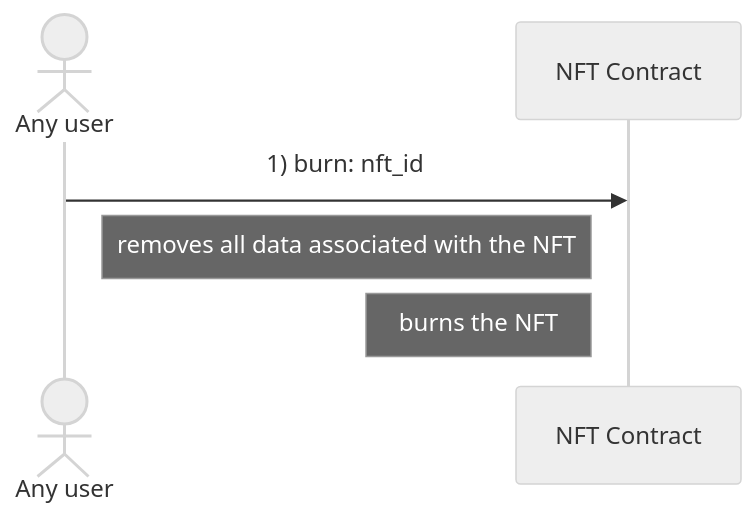
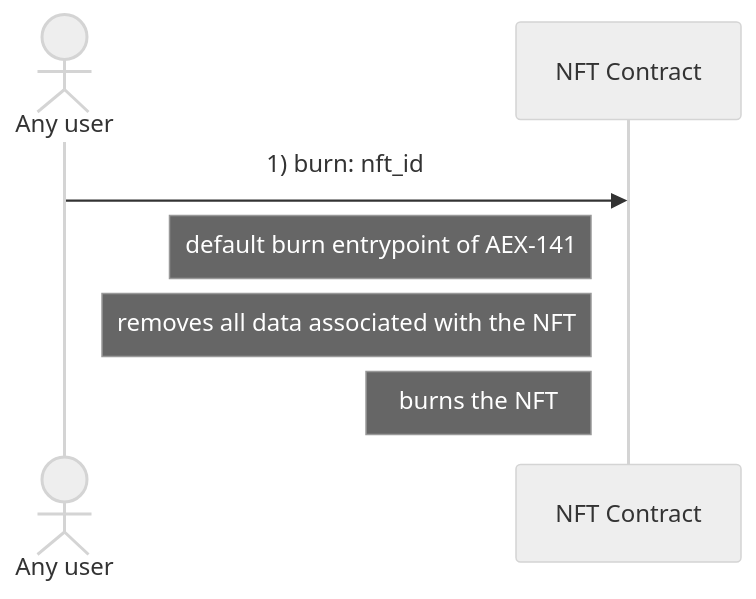
The first of 2 diagrams in docs/diagrams/burn_nfts.md (marc0olo/aens-nfts), drawn with Mermaid (neutral theme) before and after one commit. The commit also changed 4 other files, not shown here.

````diff
--- a/docs/diagrams/burn_nfts.md
+++ b/docs/diagrams/burn_nfts.md
@@ -10,7 +10,8 @@
 ```mermaid
 sequenceDiagram
     actor Any user
     Any user ->> NFT Contract: 1) burn: nft_id
+    Note left of NFT Contract: default burn entrypoint of AEX-141
     Note left of NFT Contract: removes all data associated with the NFT
     Note left of NFT Contract: burns the NFT
 ```
````
